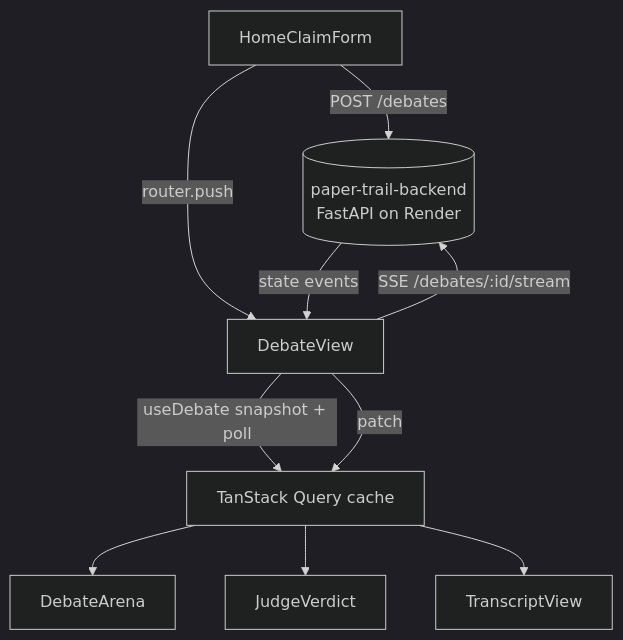
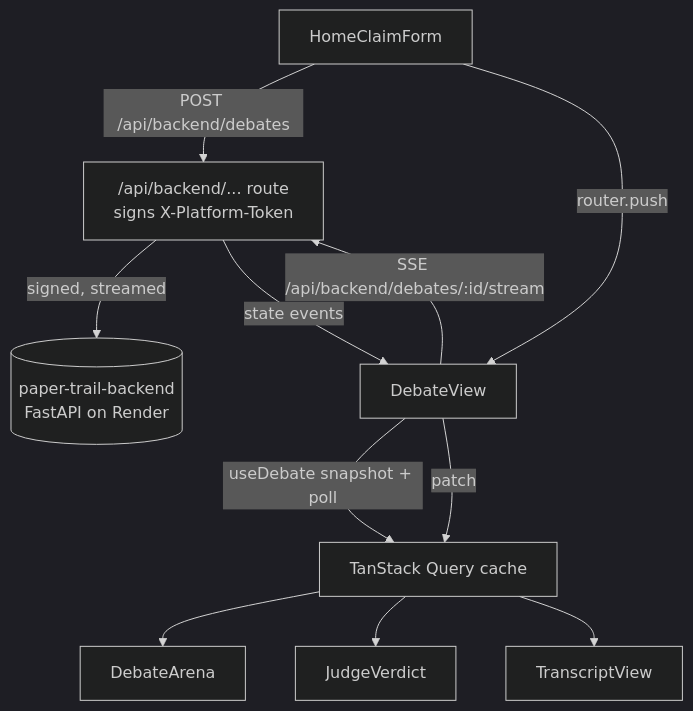
The first of 2 diagrams in README.md (Abdul-Muizz1310/paper-trail-frontend), drawn with Mermaid (dark theme) before and after one commit. The commit also changed other lines of this file and 36 other files, not shown here.

First line of the commit message:
feat(api): proxy backend calls with a signed platform token

````diff
--- a/README.md
+++ b/README.md
@@ -63,12 +63,13 @@
 ```mermaid
 flowchart TD
-    Home[HomeClaimForm] -->|POST /debates| Backend[(paper-trail-backend<br/>FastAPI on Render)]
+    Home[HomeClaimForm] -->|POST /api/backend/debates| Proxy["/api/backend/... route<br/>signs X-Platform-Token"]
+    Proxy -->|signed, streamed| Backend[(paper-trail-backend<br/>FastAPI on Render)]
     Home -->|router.push| DebateView[DebateView]
-    DebateView -->|SSE /debates/:id/stream| Backend
+    DebateView -->|SSE /api/backend/debates/:id/stream| Proxy
     DebateView -->|useDebate snapshot + poll| Query[TanStack Query cache]
-    Backend -->|state events| DebateView
+    Proxy -->|state events| DebateView
     DebateView -->|patch| Query
     Query --> Arena[DebateArena]
     Query --> Verdict[JudgeVerdict]
     Query --> Transcript[TranscriptView]
 ```
````
